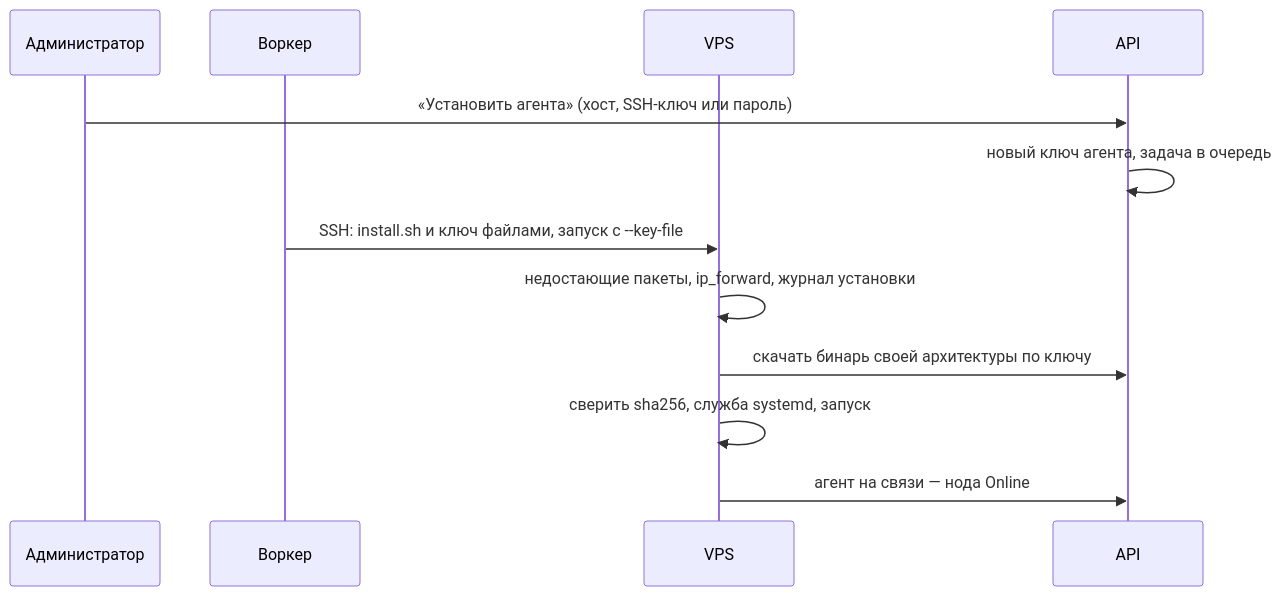
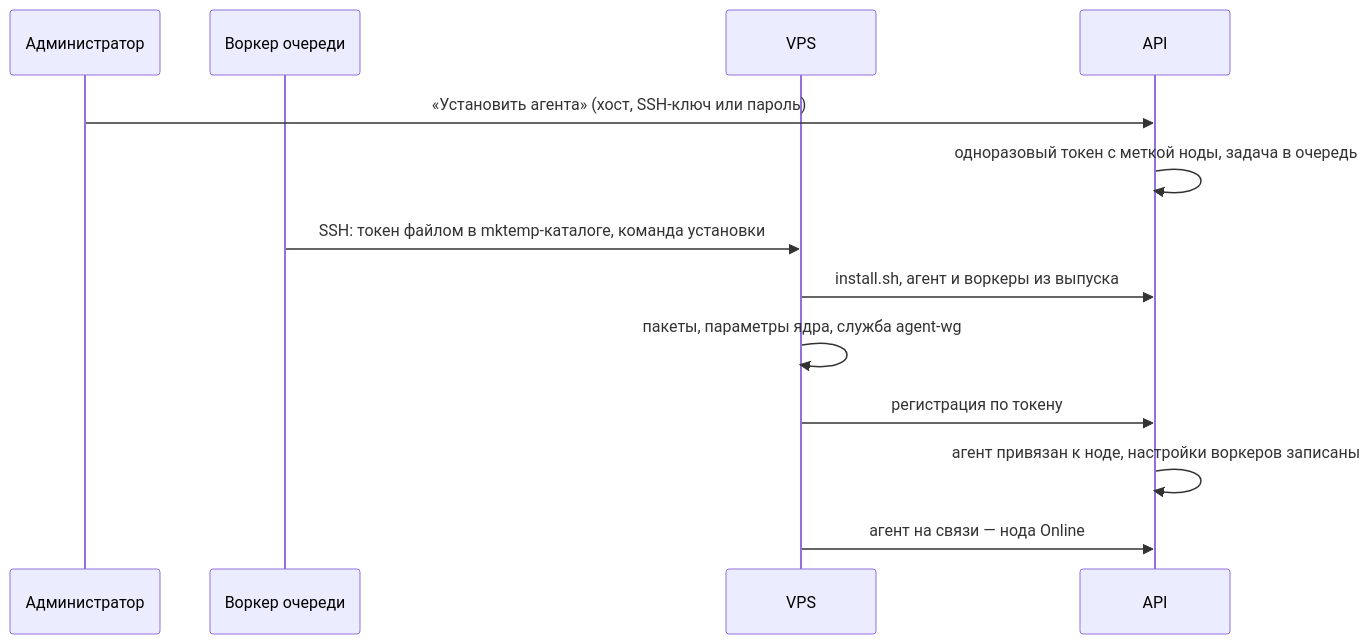
One commit to epifanovmd/wg-admin-api changed the fifth of 9 diagrams in docs/WIREGUARD.md. Above: the diagram before and after it, drawn with Mermaid. The commit also changed other lines of this file and 252 other files, not shown here.

Commit message:
feat(agent): переход на agent 1.1.0 — воркеры wg и socks по HTTP, модуль агента, ноды через агента, выпуск агента из GitHub

````diff
--- a/docs/WIREGUARD.md
+++ b/docs/WIREGUARD.md
@@ -243,15 +253,16 @@
 ```mermaid
 sequenceDiagram
   participant Admin as Администратор
-  participant Worker as Воркер
+  participant Worker as Воркер очереди
   participant VPS
   participant API
 
   Admin->>API: «Установить агента» (хост, SSH-ключ или пароль)
-  API->>API: новый ключ агента, задача в очередь
-  Worker->>VPS: SSH: install.sh и ключ файлами, запуск с --key-file
-  VPS->>VPS: недостающие пакеты, ip_forward, журнал установки
-  VPS->>API: скачать бинарь своей архитектуры по ключу
-  VPS->>VPS: сверить sha256, служба systemd, запуск
+  API->>API: одноразовый токен с меткой ноды, задача в очередь
+  Worker->>VPS: SSH: токен файлом в mktemp-каталоге, команда установки
+  VPS->>API: install.sh, агент и воркеры из выпуска
+  VPS->>VPS: пакеты, параметры ядра, служба agent-wg
+  VPS->>API: регистрация по токену
+  API->>API: агент привязан к ноде, настройки воркеров записаны
   VPS->>API: агент на связи — нода Online
 ```
````
